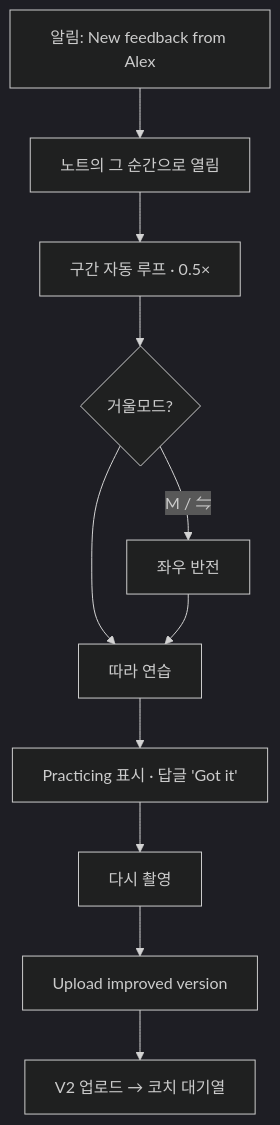
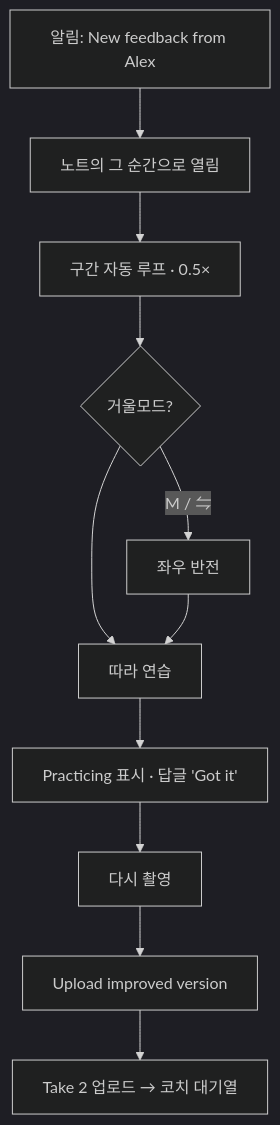
The fourth of 10 diagrams in docs/04-user-flows.md (hope13710/dancerly), drawn with Mermaid (dark theme) before and after one commit. The commit also changed other lines of this file and 11 other files, not shown here.

````diff
--- a/docs/04-user-flows.md
+++ b/docs/04-user-flows.md
@@ -105,13 +105,13 @@
 ```mermaid
 flowchart TD
   A[알림: New feedback from Alex] --> B[노트의 그 순간으로 열림]
   B --> C[구간 자동 루프 · 0.5×]
   C --> D{거울모드?}
   D -->|M / ⇋| E[좌우 반전]
   D --> F[따라 연습]
   E --> F
   F --> G[Practicing 표시 · 답글 'Got it']
   G --> H[다시 촬영]
   H --> I[Upload improved version]
-  I --> J[V2 업로드 → 코치 대기열]
+  I --> J[Take 2 업로드 → 코치 대기열]
 ```
````
